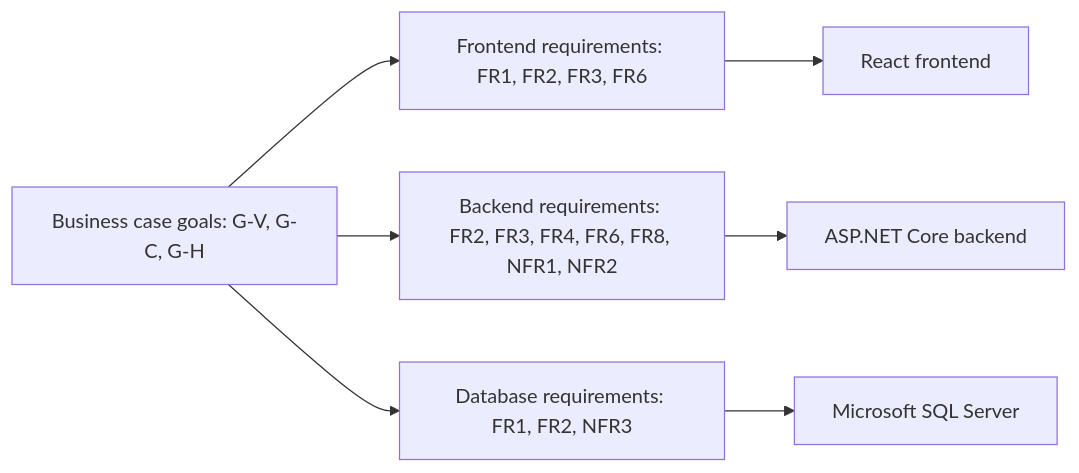
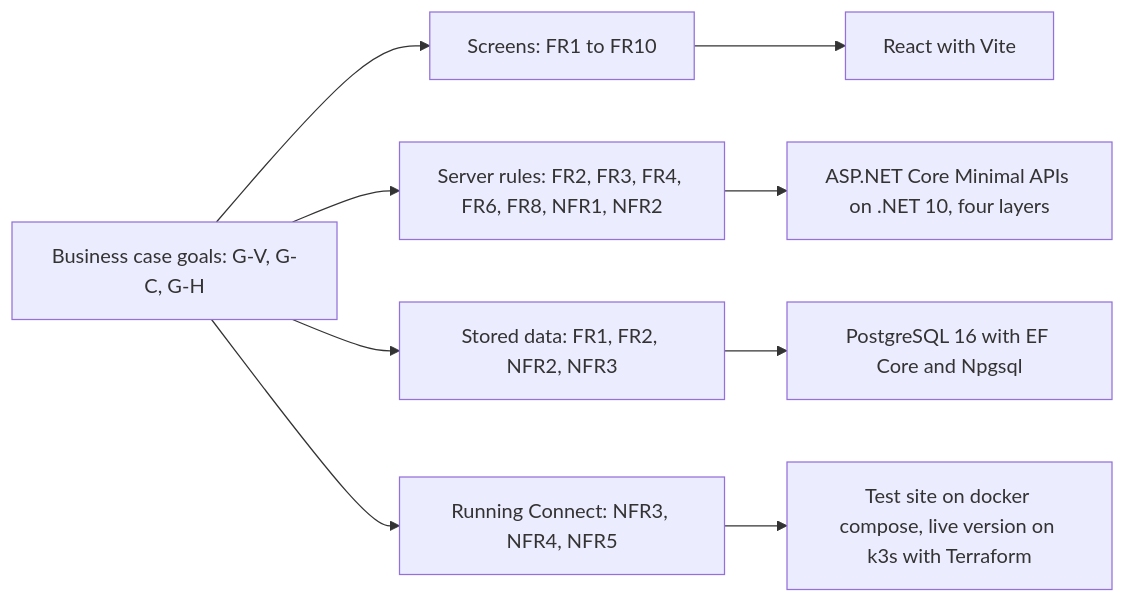
Before and after one commit to guruITA/connect-nine: the second of 2 diagrams in docs/project/requirements.md, drawn with Mermaid. The commit also changed other lines of this file and 21 other files, not shown here.

````diff
--- a/docs/project/requirements.md
+++ b/docs/project/requirements.md
@@ -154,13 +243,16 @@
 ```mermaid
 flowchart LR
     Goals[Business case goals: G-V, G-C, G-H]
-    Frontend[Frontend requirements: FR1, FR2, FR3, FR6]
-    Backend[Backend requirements: FR2, FR3, FR4, FR6, FR8, NFR1, NFR2]
-    Database[Database requirements: FR1, FR2, NFR3]
-    React[React frontend]
-    DotNet[ASP.NET Core backend]
-    SQL[Microsoft SQL Server]
+    Frontend[Screens: FR1 to FR10]
+    Backend[Server rules: FR2, FR3, FR4, FR6, FR8, NFR1, NFR2]
+    Database[Stored data: FR1, FR2, NFR2, NFR3]
+    Hosting[Running Connect: NFR3, NFR4, NFR5]
+    React[React with Vite]
+    DotNet[ASP.NET Core Minimal APIs on .NET 10, four layers]
+    Pg[PostgreSQL 16 with EF Core and Npgsql]
+    Run[Test site on docker compose, live version on k3s with Terraform]
     Goals --> Frontend --> React
     Goals --> Backend --> DotNet
-    Goals --> Database --> SQL
+    Goals --> Database --> Pg
+    Goals --> Hosting --> Run
 ```
````
